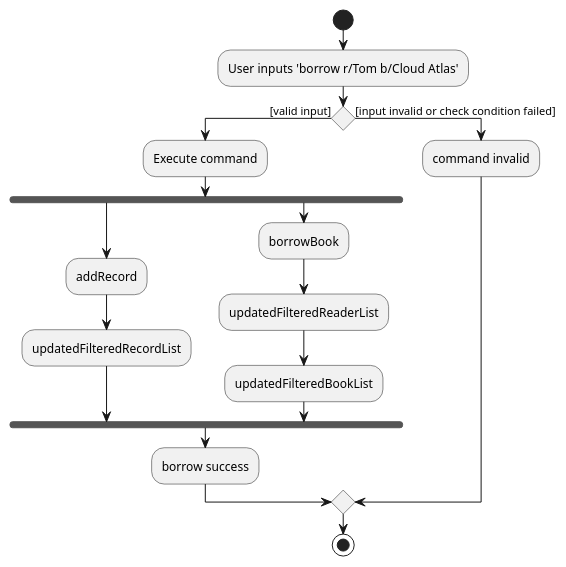
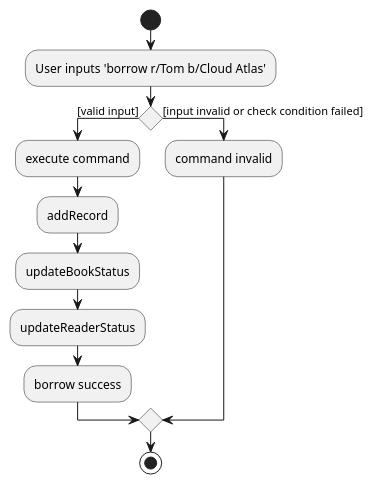
The diagram in docs/diagrams/BorrowActivityDiagram.puml (nus-cs2103-AY2021S2/tp), drawn with PlantUML before and after one commit. The commit also changed 1 other file, not shown here.

Commit message:
borrow return dg

```diff
--- a/docs/diagrams/BorrowActivityDiagram.puml
+++ b/docs/diagrams/BorrowActivityDiagram.puml
@@ -1,23 +1,18 @@
 @startuml
 start
 :User inputs 'borrow r/Tom b/Cloud Atlas';
 
 'Since the beta syntax does not support placing the condition outside the
 'diamond we place it as the true branch instead.
 
 if () then ([valid input])
-    :Execute command;
-    fork
-        :addRecord;
-        :updatedFilteredRecordList;
-    fork again
-        :borrowBook;
-        :updatedFilteredReaderList;
-        :updatedFilteredBookList;
-    end fork
+    :execute command;
+    :addRecord;
+    :updateBookStatus;
+    :updateReaderStatus;
     :borrow success;
 else ([input invalid or check condition failed])
     :command invalid;
 endif
 stop
 @enduml
```
